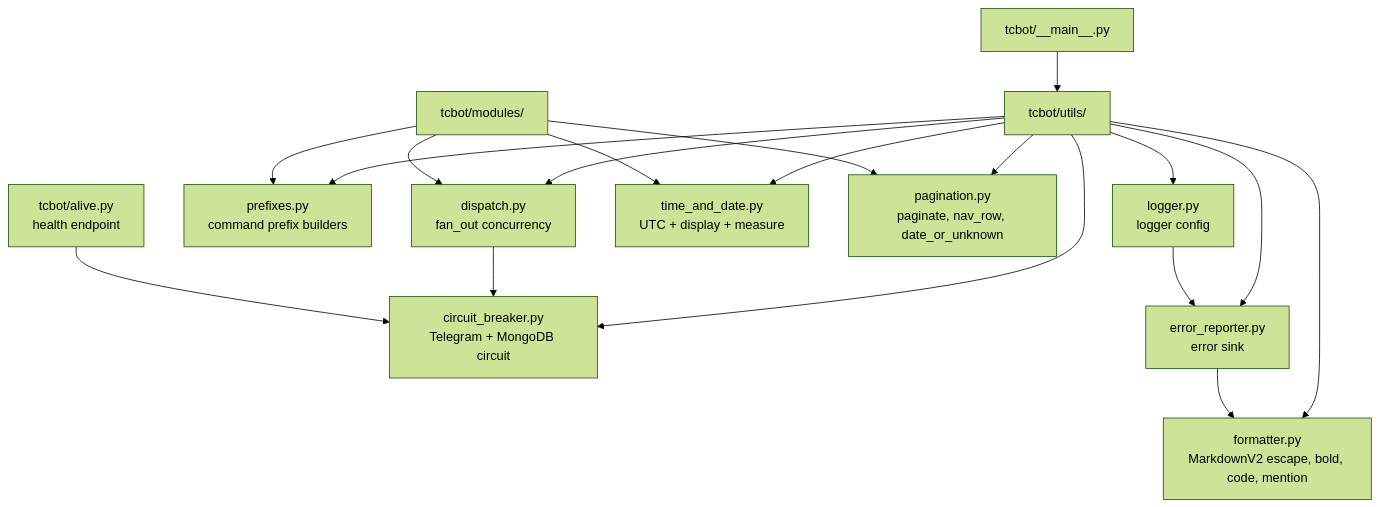
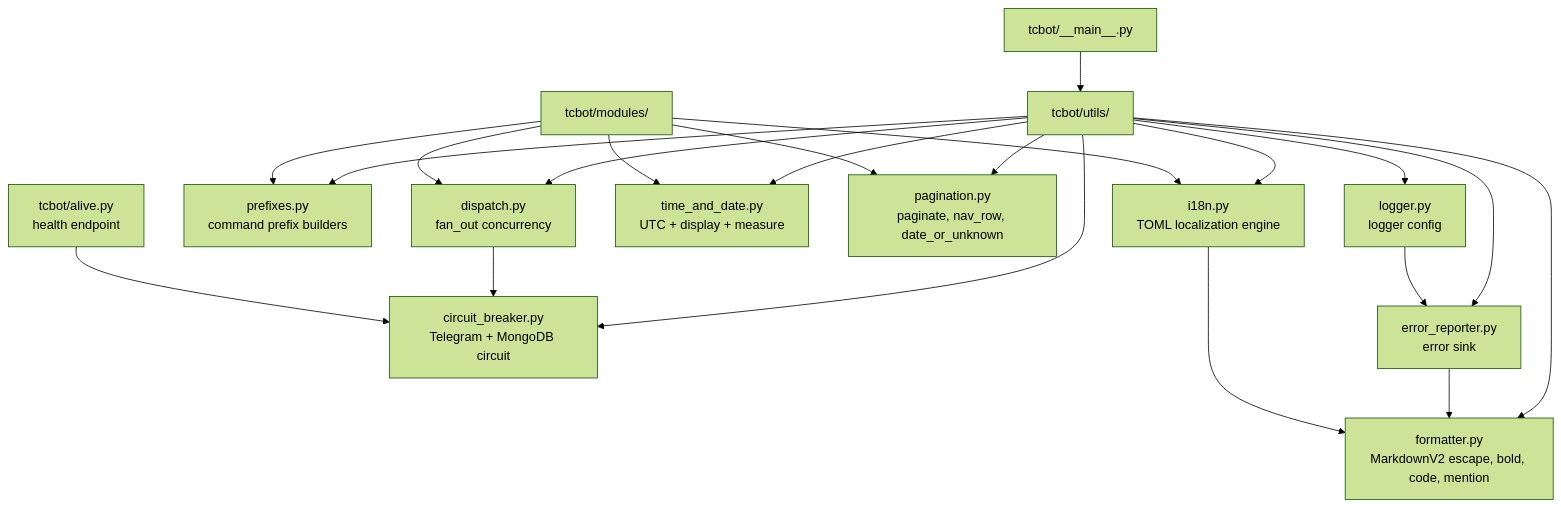
One commit to D1ZZY4/tcbot changed the diagram in docs/architecture/utilities.md. Above: the diagram before and after it, drawn with Mermaid (forest theme). The commit also changed other lines of this file and 25 other files, not shown here.

````diff
--- a/docs/architecture/utilities.md
+++ b/docs/architecture/utilities.md
@@ -9,20 +9,23 @@
 ```mermaid
 flowchart TD
     Main[tcbot/__main__.py] --> Utils[tcbot/utils/]
     Utils --> CB[circuit_breaker.py<br/>Telegram + MongoDB circuit]
     Utils --> Dispatch[dispatch.py<br/>fan_out concurrency]
     Utils --> Prefixes[prefixes.py<br/>command prefix builders]
     Utils --> Logging[logger.py<br/>logger config]
     Utils --> ErrorReporter[error_reporter.py<br/>error sink]
     Utils --> TimeDate[time_and_date.py<br/>UTC + display + measure]
     Utils --> Pagination[pagination.py<br/>paginate, nav_row, date_or_unknown]
     Utils --> Fmt[formatter.py<br/>MarkdownV2 escape, bold, code, mention]
+    Utils --> I18n[i18n.py<br/>TOML localization engine]
     Dispatch --> CB
     Modules[tcbot/modules/] --> Dispatch
     Modules --> Prefixes
     Modules --> TimeDate
     Modules --> Pagination
+    Modules --> I18n
     Logging --> ErrorReporter
     ErrorReporter --> Fmt
+    I18n --> Fmt
     Alive[tcbot/alive.py<br/>health endpoint] --> CB
 ```
````
